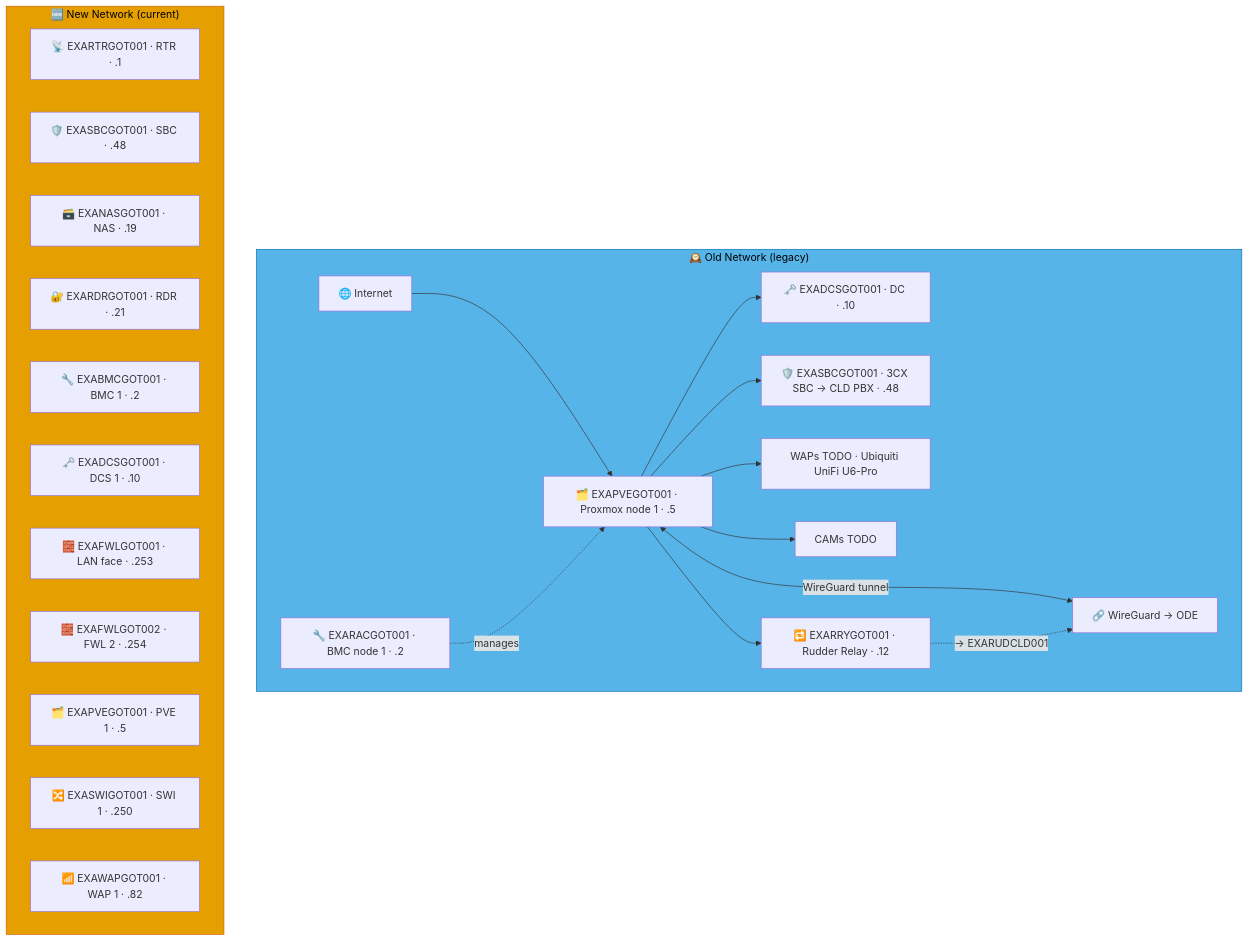
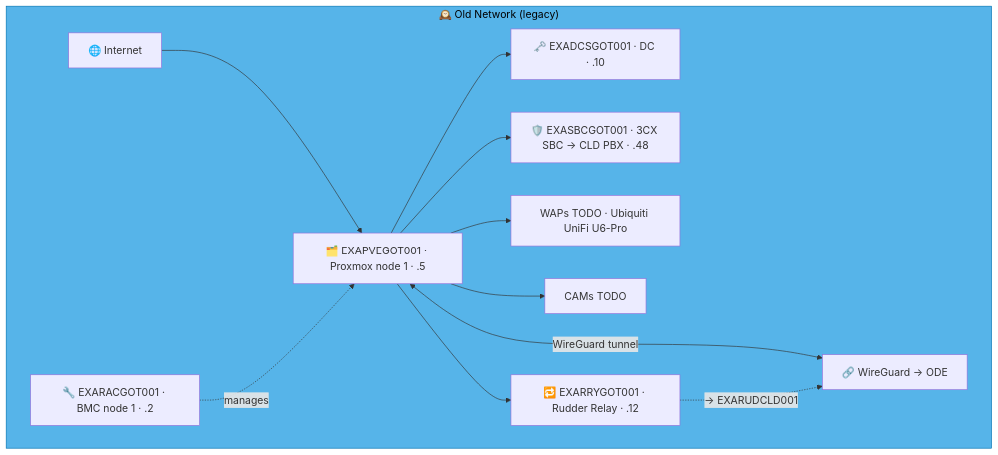
Before and after one commit to knightmare2600/example_music_infra: the first of 2 diagrams in docs/network-diagram/sverige.md, drawn with Mermaid. The commit also changed other lines of this file and 35 other files, not shown here.

````diff
--- a/docs/network-diagram/sverige.md
+++ b/docs/network-diagram/sverige.md
@@ -16,39 +16,23 @@
 ```mermaid
 graph TD
     subgraph OLD_GOT ["🕰️ Old Network (legacy)"]
       INET["🌐 Internet"]
       RAC["🔧 EXARACGOT001 · BMC node 1 · .2"]
       PVE["🗂️ EXAPVEGOT001 · Proxmox node 1 · .5"]
       DC["🗝️ EXADCSGOT001 · DC · .10"]
       SBC["🛡️ EXASBCGOT001 · 3CX SBC → CLD PBX · .48"]
       RRY["🔁 EXARRYGOT001 · Rudder Relay · .12"]
       WAP["WAPs TODO · Ubiquiti UniFi U6-Pro"]
       CAM["CAMs TODO"]
       VPN["🔗 WireGuard → ODE"]
 
       INET --> PVE --> DC & SBC
       RAC -.->|"manages"| PVE
       PVE --> WAP & CAM
       PVE <-->|"WireGuard tunnel"| VPN
 
       PVE --> RRY
       RRY -. "→ EXARUDCLD001" .-> VPN
     end
     style OLD_GOT fill:#56B4E9,stroke:#0072B2,color:#000000
-    %% GENERATED:NEW-NETWORK:GOT:START
-    subgraph NEW_GOT ["🆕 New Network (current)"]
-      N_RTR["📡 EXARTRGOT001 · RTR · .1"]
-      N_SBC["🛡️ EXASBCGOT001 · SBC · .48"]
-      N_NAS["🗃️ EXANASGOT001 · NAS · .19"]
-      N_RDR["🔐 EXARDRGOT001 · RDR · .21"]
-      N_BMC["🔧 EXABMCGOT001 · BMC 1 · .2"]
-      N_DCS["🗝️ EXADCSGOT001 · DCS 1 · .10"]
-      N_FWL["🧱 EXAFWLGOT001 · LAN face · .253"]
-      N_FWL2["🧱 EXAFWLGOT002 · FWL 2 · .254"]
-      N_PVE["🗂️ EXAPVEGOT001 · PVE 1 · .5"]
-      N_SWI["🔀 EXASWIGOT001 · SWI 1 · .250"]
-      N_WAP["📶 EXAWAPGOT001 · WAP 1 · .82"]
-    end
-    style NEW_GOT fill:#E69F00,stroke:#D55E00,color:#000000
-    %% GENERATED:NEW-NETWORK:GOT:END
 ```
````
